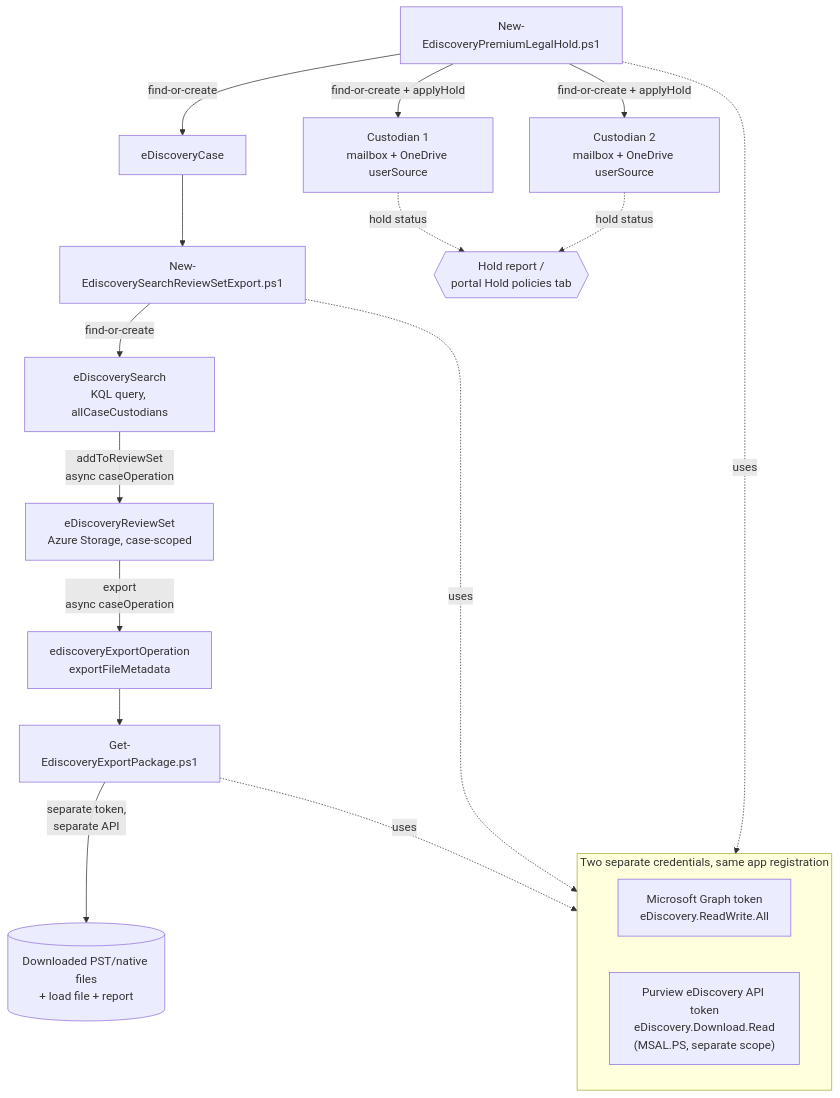
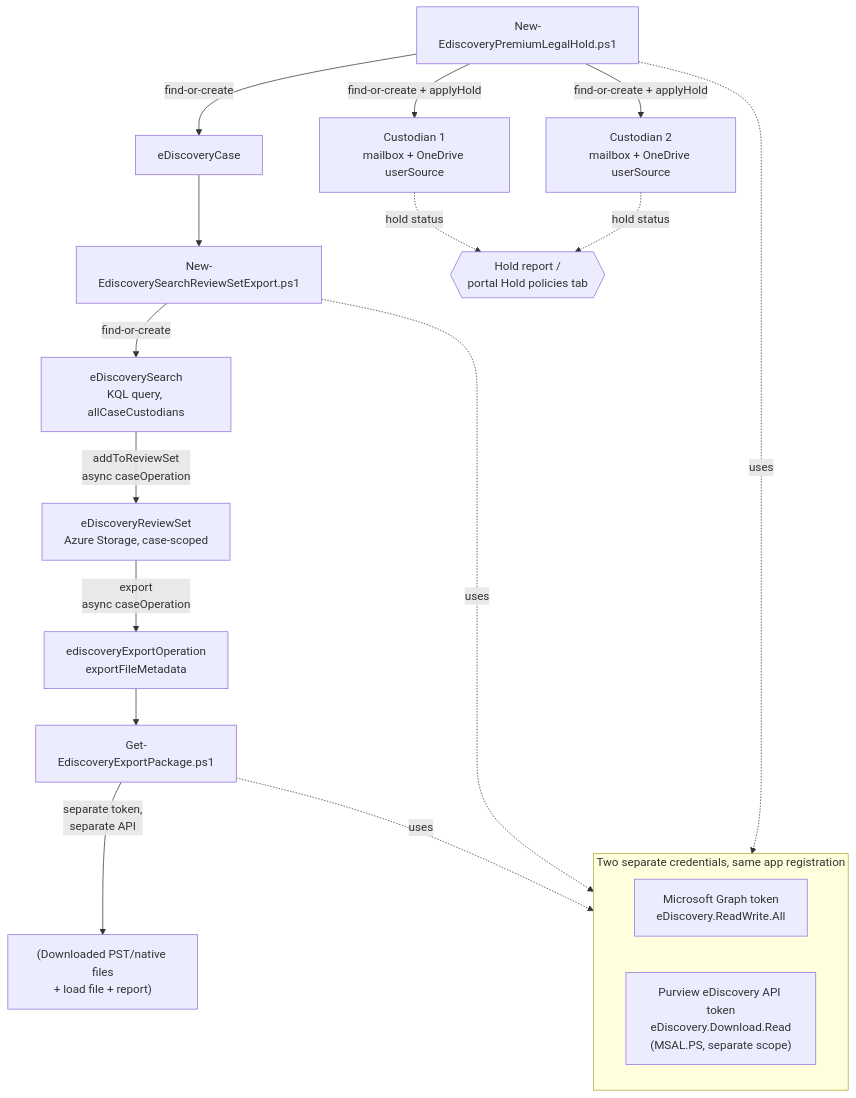
One commit to kpsec1/kpsec1.github.io changed the diagram in src/content/scenarios/ediscovery/premium-legal-hold-and-export.md. Above: the diagram before and after it, drawn with Mermaid. The commit also changed 80 other files, not shown here.

First line of the commit message:
Fix Mermaid diagram rendering across all scenarios

````diff
--- a/src/content/scenarios/ediscovery/premium-legal-hold-and-export.md
+++ b/src/content/scenarios/ediscovery/premium-legal-hold-and-export.md
@@ -68,25 +68,25 @@
 ```mermaid
 flowchart TD
     A[New-EdiscoveryPremiumLegalHold.ps1] -->|find-or-create| B[eDiscoveryCase]
     A -->|find-or-create + applyHold| C[Custodian 1<br/>mailbox + OneDrive userSource]
     A -->|find-or-create + applyHold| D[Custodian 2<br/>mailbox + OneDrive userSource]
     C -.hold status.-> H{{Hold report /<br/>portal Hold policies tab}}
     D -.hold status.-> H
 
     B --> E[New-EdiscoverySearchReviewSetExport.ps1]
-    E -->|find-or-create| F[eDiscoverySearch<br/>KQL query, allCaseCustodians]
-    F -->|addToReviewSet<br/>async caseOperation| G[eDiscoveryReviewSet<br/>Azure Storage, case-scoped]
+    E -->|find-or-create| F["eDiscoverySearch<br/>KQL query, allCaseCustodians"]
+    F -->|addToReviewSet<br/>async caseOperation| G["eDiscoveryReviewSet<br/>Azure Storage, case-scoped"]
     G -->|export<br/>async caseOperation| I[ediscoveryExportOperation<br/>exportFileMetadata]
 
     I --> J[Get-EdiscoveryExportPackage.ps1]
-    J -->|separate token,<br/>separate API| K[(Downloaded PST/native files<br/>+ load file + report)]
+    J -->|separate token,<br/>separate API| K["(Downloaded PST/native files<br/>+ load file + report)"]
 
     subgraph Auth["Two separate credentials, same app registration"]
         direction LR
         L["Microsoft Graph token<br/>eDiscovery.ReadWrite.All"]
         M["Purview eDiscovery API token<br/>eDiscovery.Download.Read<br/>(MSAL.PS, separate scope)"]
     end
     A -.uses.-> L
     E -.uses.-> L
     J -.uses.-> M
 ```
````
